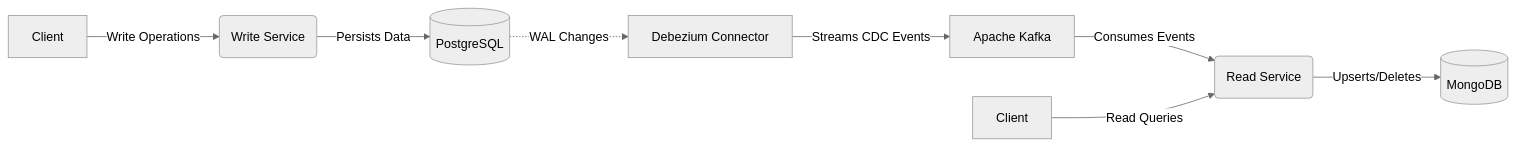
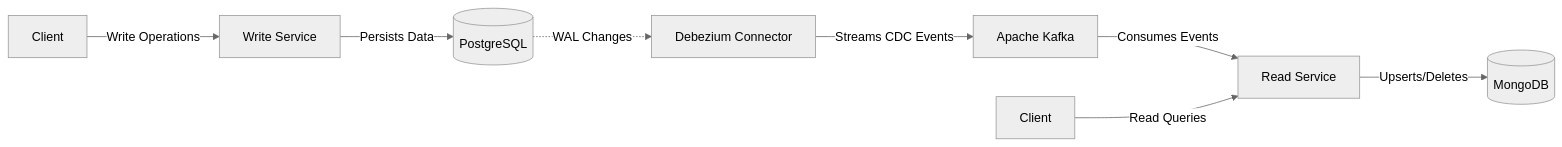
Before and after one commit to dhaminikathula/Real-Time-Data-Synchronization-Pipeline-with-Debezium-Kafka-and-PostgreSQL: the diagram in README.md, drawn with Mermaid (neutral theme).

Commit message:
docs: fix mermaid diagram syntax for github rendering

````diff
--- a/README.md
+++ b/README.md
@@ -27,10 +27,10 @@
 ```mermaid
 graph LR
-    A[Client] -->|Write Operations| B(Write Service)
-    B -->|Persists Data| C[(PostgreSQL)]
-    C -.->|WAL Changes| D[Debezium Connector]
-    D -->|Streams CDC Events| E[Apache Kafka]
-    E -->|Consumes Events| F(Read Service)
-    F -->|Upserts/Deletes| G[(MongoDB)]
-    H[Client] -->|Read Queries| F
+    A["Client"] -->|"Write Operations"| B["Write Service"]
+    B -->|"Persists Data"| C[("PostgreSQL")]
+    C -.->|"WAL Changes"| D["Debezium Connector"]
+    D -->|"Streams CDC Events"| E["Apache Kafka"]
+    E -->|"Consumes Events"| F["Read Service"]
+    F -->|"Upserts/Deletes"| G[("MongoDB")]
+    H["Client"] -->|"Read Queries"| F
 ```
````
